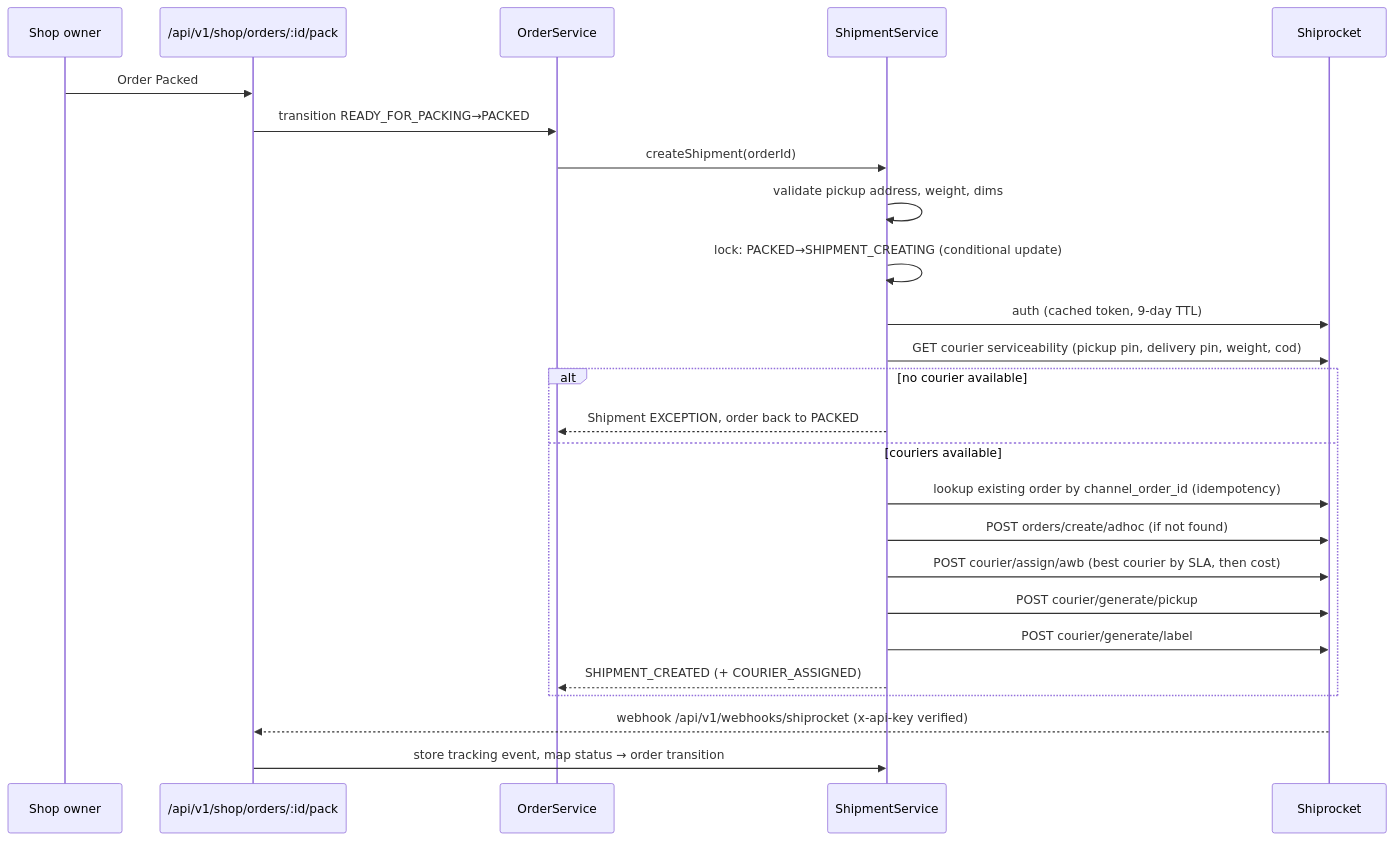
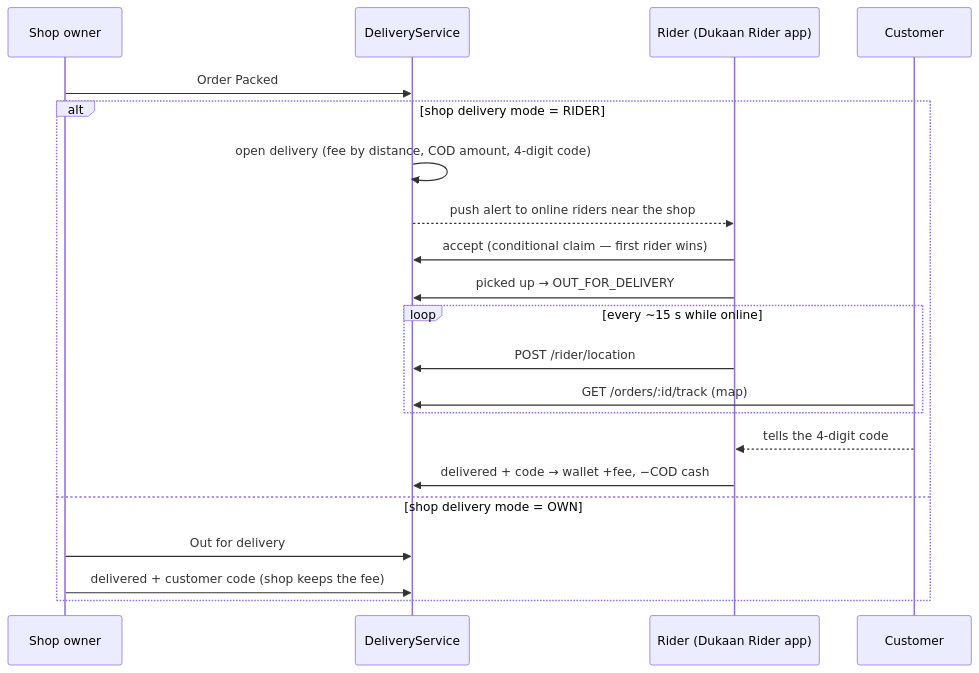
Before and after one commit to muralibedetanapalli-lab/Dukaan-Express: the third of 3 diagrams in docs/ARCHITECTURE.md, drawn with Mermaid. The commit also changed other lines of this file and 203 other files, not shown here.

First line of the commit message:
Own delivery + Dukaan Express riders; remove Shiprocket

````diff
--- a/docs/ARCHITECTURE.md
+++ b/docs/ARCHITECTURE.md
@@ -115,27 +115,23 @@
 ```mermaid
 sequenceDiagram
   participant Shop as Shop owner
-  participant API as /api/v1/shop/orders/:id/pack
-  participant OS as OrderService
-  participant SS as ShipmentService
-  participant SR as Shiprocket
-  Shop->>API: Order Packed
-  API->>OS: transition READY_FOR_PACKING→PACKED
-  OS->>SS: createShipment(orderId)
-  SS->>SS: validate pickup address, weight, dims
-  SS->>SS: lock: PACKED→SHIPMENT_CREATING (conditional update)
-  SS->>SR: auth (cached token, 9-day TTL)
-  SS->>SR: GET courier serviceability (pickup pin, delivery pin, weight, cod)
-  alt no courier available
-    SS-->>OS: Shipment EXCEPTION, order back to PACKED
-  else couriers available
-    SS->>SR: lookup existing order by channel_order_id (idempotency)
-    SS->>SR: POST orders/create/adhoc (if not found)
-    SS->>SR: POST courier/assign/awb (best courier by SLA, then cost)
-    SS->>SR: POST courier/generate/pickup
-    SS->>SR: POST courier/generate/label
-    SS-->>OS: SHIPMENT_CREATED (+ COURIER_ASSIGNED)
+  participant DS as DeliveryService
+  participant R as Rider (Dukaan Rider app)
+  participant C as Customer
+  Shop->>DS: Order Packed
+  alt shop delivery mode = RIDER
+    DS->>DS: open delivery (fee by distance, COD amount, 4-digit code)
+    DS-->>R: push alert to online riders near the shop
+    R->>DS: accept (conditional claim — first rider wins)
+    R->>DS: picked up → OUT_FOR_DELIVERY
+    loop every ~15 s while online
+      R->>DS: POST /rider/location
+      C->>DS: GET /orders/:id/track (map)
+    end
+    C-->>R: tells the 4-digit code
+    R->>DS: delivered + code → wallet +fee, −COD cash
+  else shop delivery mode = OWN
+    Shop->>DS: Out for delivery
+    Shop->>DS: delivered + customer code (shop keeps the fee)
   end
-  SR-->>API: webhook /api/v1/webhooks/shiprocket (x-api-key verified)
-  API->>SS: store tracking event, map status → order transition
 ```
````
